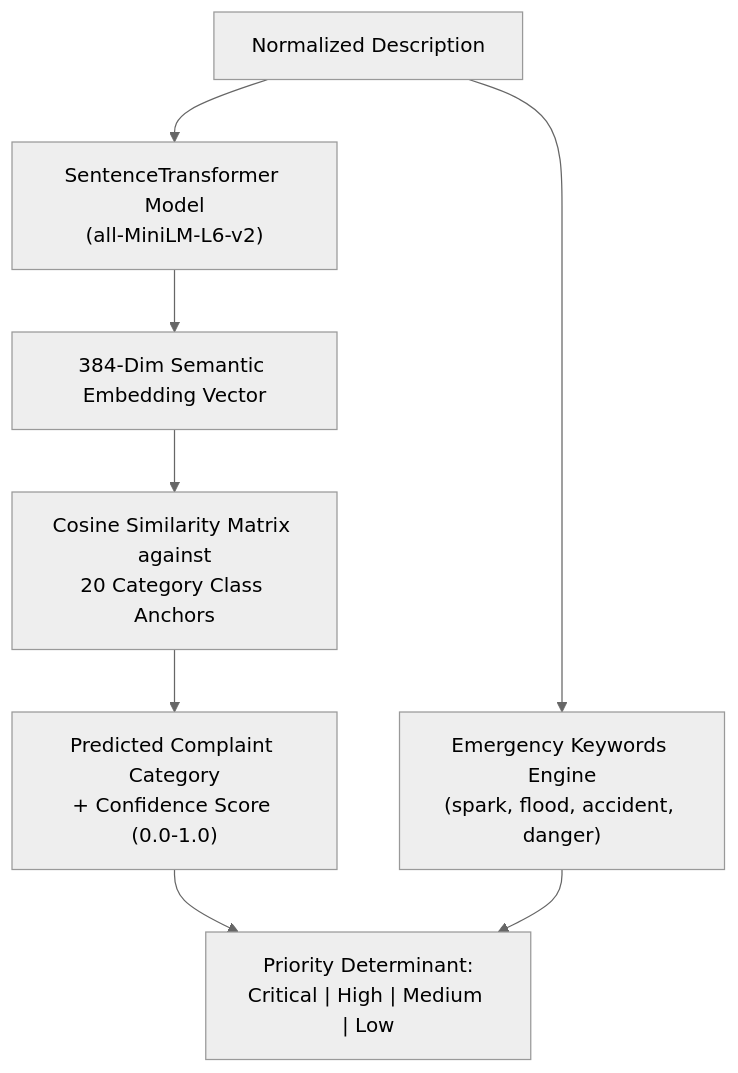
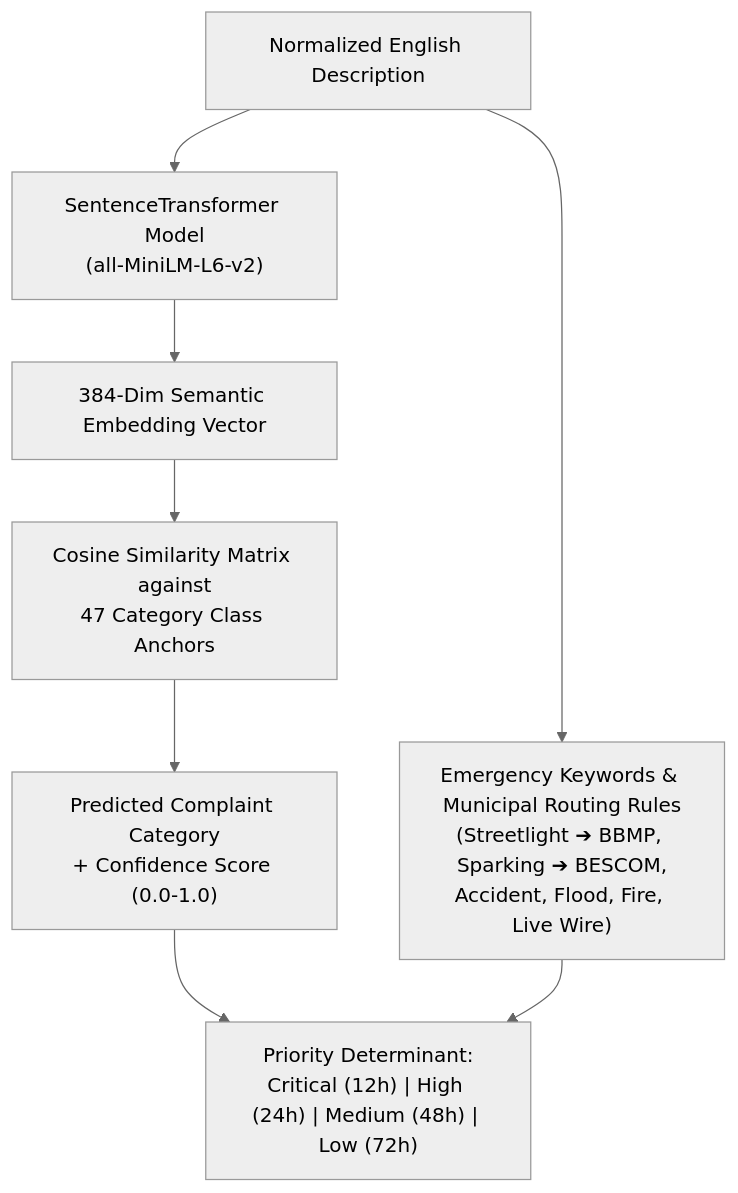
The eighth of 18 diagrams in phases.md (SHRUTISINHA250714/civic), drawn with Mermaid (neutral theme) before and after one commit. The commit also changed other lines of this file and 1 other file, not shown here.

````diff
--- a/phases.md
+++ b/phases.md
@@ -213,11 +226,11 @@
 ```mermaid
 flowchart TD
-    Text["Normalized Description"] --> ST["SentenceTransformer Model\n(all-MiniLM-L6-v2)"]
+    Text["Normalized English Description"] --> ST["SentenceTransformer Model\n(all-MiniLM-L6-v2)"]
     ST --> Embed["384-Dim Semantic Embedding Vector"]
-    Embed --> Sim["Cosine Similarity Matrix against\n20 Category Class Anchors"]
+    Embed --> Sim["Cosine Similarity Matrix against\n47 Category Class Anchors"]
     Sim --> TopClass["Predicted Complaint Category\n+ Confidence Score (0.0-1.0)"]
     
-    Text --> Rules["Emergency Keywords Engine\n(spark, flood, accident, danger)"]
-    TopClass --> Priority["Priority Determinant:\nCritical | High | Medium | Low"]
+    Text --> Rules["Emergency Keywords & Municipal Routing Rules\n(Streetlight ➔ BBMP, Sparking ➔ BESCOM,\nAccident, Flood, Fire, Live Wire)"]
+    TopClass --> Priority["Priority Determinant:\nCritical (12h) | High (24h) | Medium (48h) | Low (72h)"]
     Rules --> Priority
 ```
````
